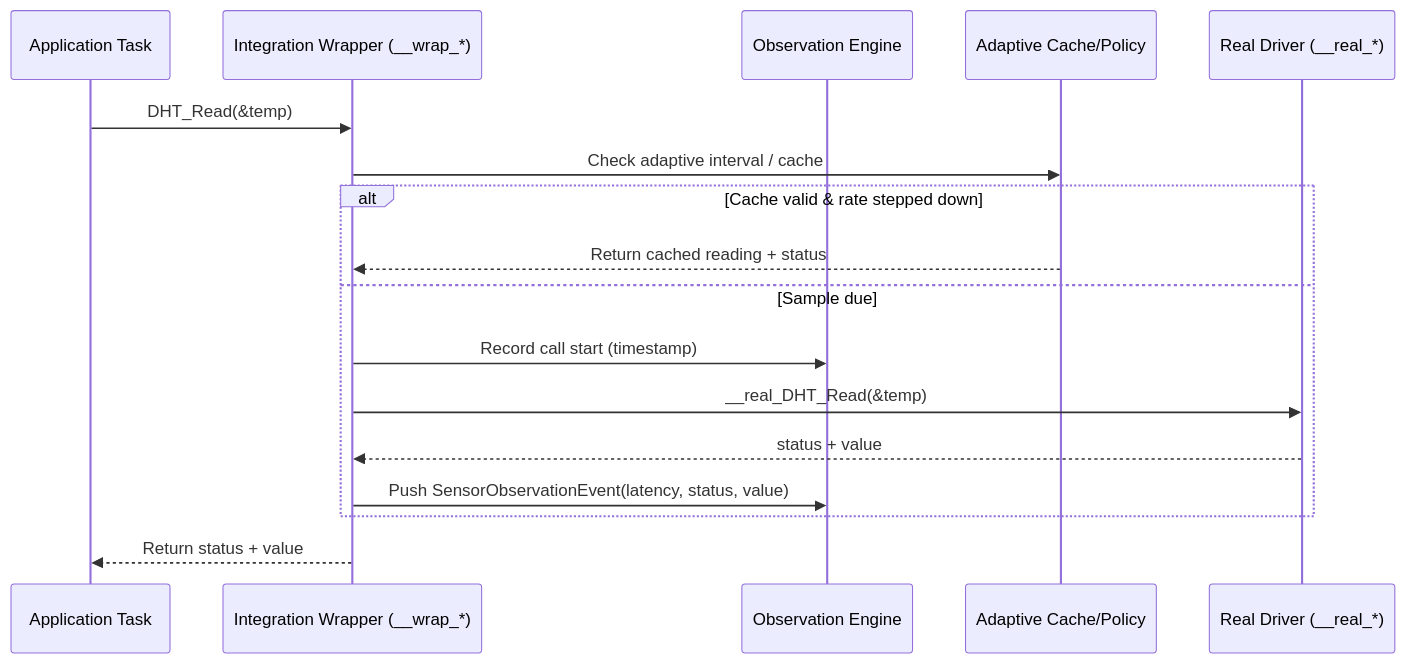
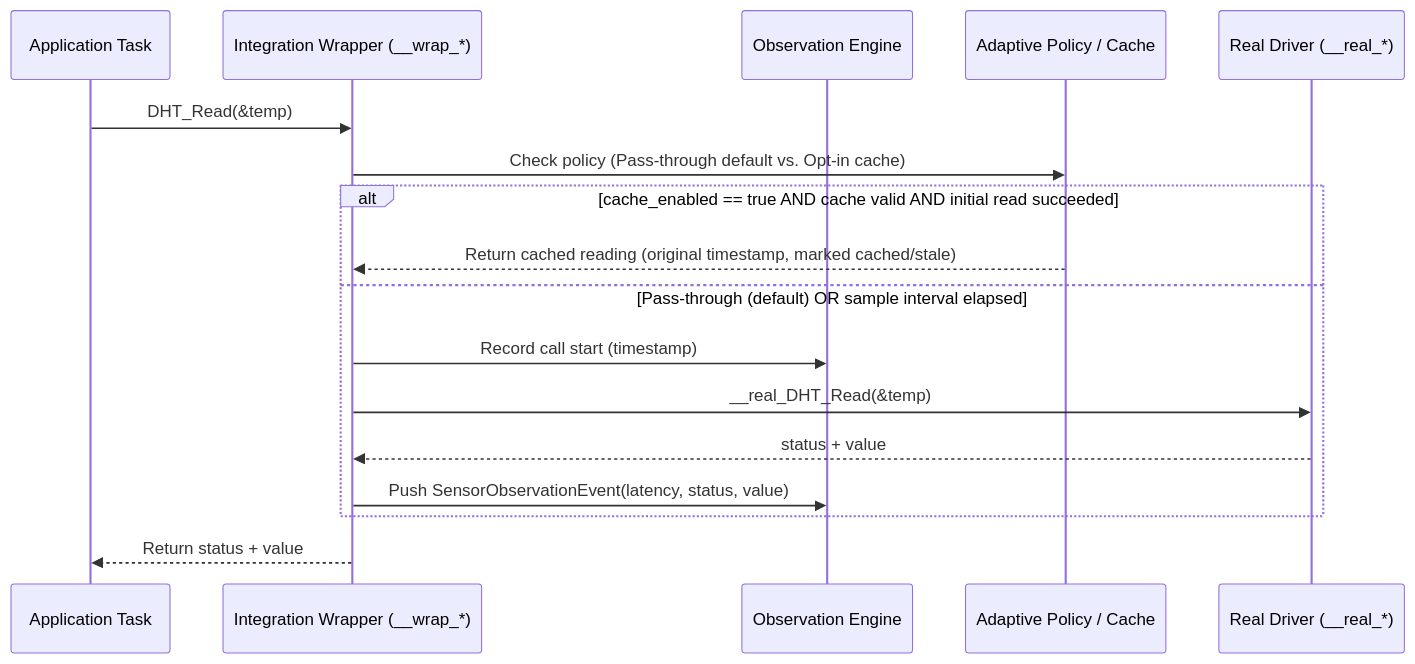
The third of 7 diagrams in Architecture.md (ahana4banerjee/USOS), drawn with Mermaid before and after one commit. The commit also changed other lines of this file and 8 other files, not shown here.

Commit message:
docs: freeze Stage 1 architecture specification and add ADRs, API spec, and test strategy

````diff
--- a/Architecture.md
+++ b/Architecture.md
@@ -154,20 +156,20 @@
 ```mermaid
 sequenceDiagram
     participant App as Application Task
     participant Wrap as Integration Wrapper (__wrap_*)
     participant Obs as Observation Engine
-    participant Adp as Adaptive Cache/Policy
+    participant Adp as Adaptive Policy / Cache
     participant Real as Real Driver (__real_*)
 
     App->>Wrap: DHT_Read(&temp)
-    Wrap->>Adp: Check adaptive interval / cache
-    alt Cache valid & rate stepped down
-        Adp-->>Wrap: Return cached reading + status
-    else Sample due
+    Wrap->>Adp: Check policy (Pass-through default vs. Opt-in cache)
+    alt cache_enabled == true AND cache valid AND initial read succeeded
+        Adp-->>Wrap: Return cached reading (original timestamp, marked cached/stale)
+    else Pass-through (default) OR sample interval elapsed
         Wrap->>Obs: Record call start (timestamp)
         Wrap->>Real: __real_DHT_Read(&temp)
         Real-->>Wrap: status + value
         Wrap->>Obs: Push SensorObservationEvent(latency, status, value)
     end
     Wrap-->>App: Return status + value
 ```
````
